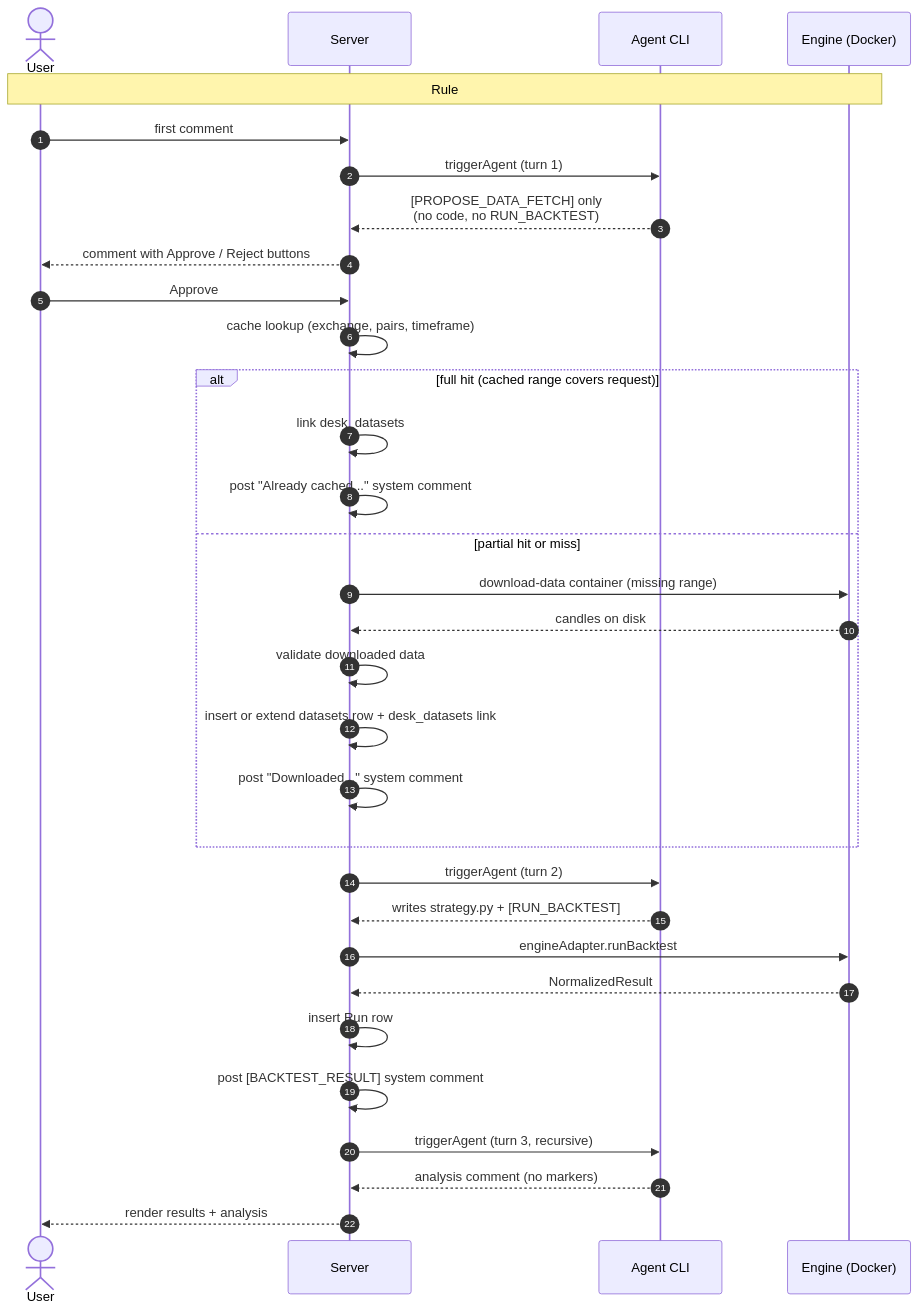
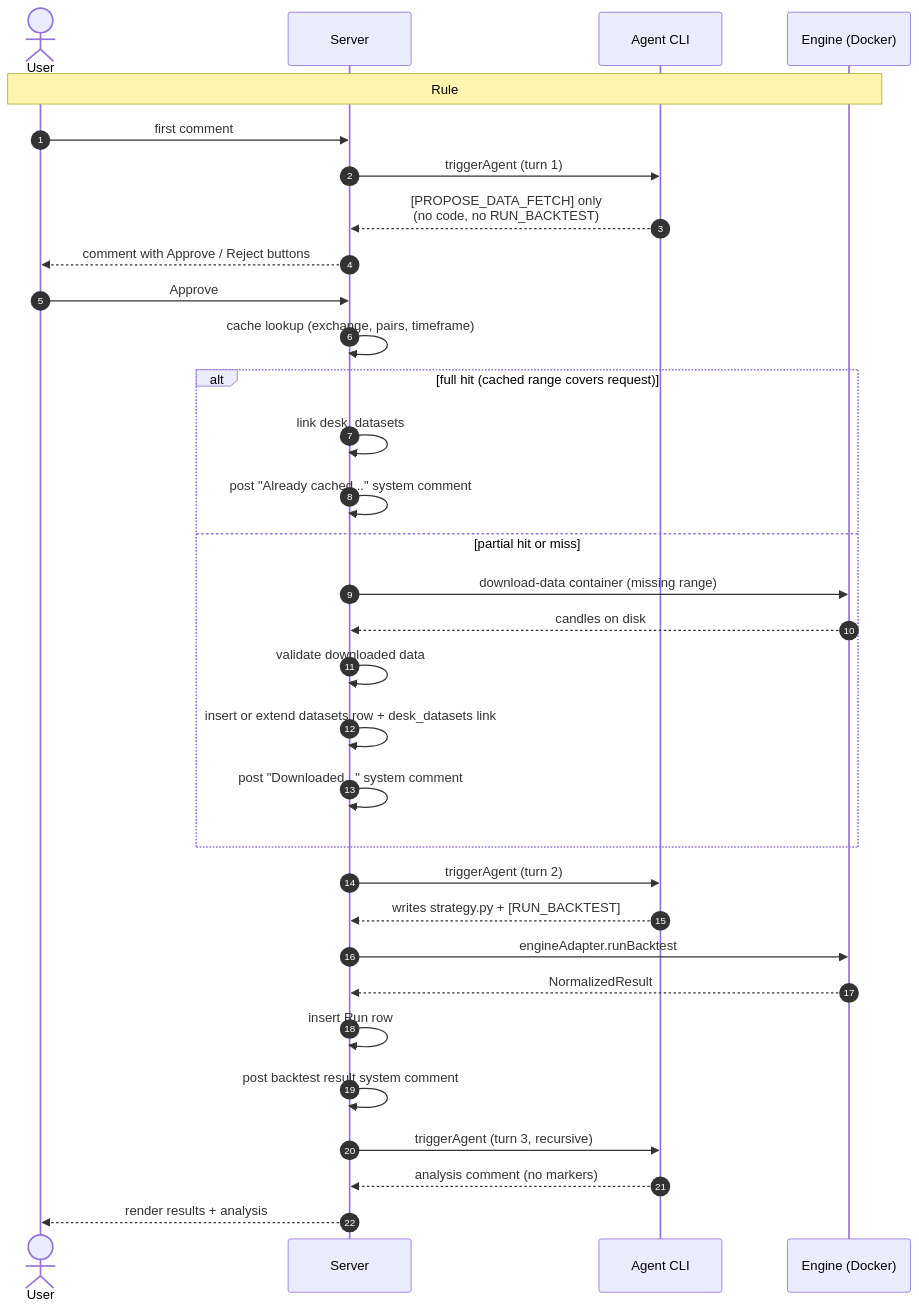
One commit to 0xbet-ai/QuantDesk changed the second of 2 diagrams in doc/agent/LIFECYCLE.md. Above: the diagram before and after it, drawn with Mermaid.

Commit message:
docs: drop stale BACKTEST_RESULT reference in happy-path diagram

````diff
--- a/doc/agent/LIFECYCLE.md
+++ b/doc/agent/LIFECYCLE.md
@@ -93,39 +93,39 @@
 ```mermaid
 %%{init: {'themeVariables': {'fontSize': '18px'}, 'sequence': {'actorMargin': 80, 'messageFontSize': 16}}}%%
 sequenceDiagram
     autonumber
     actor U as User
     participant S as Server
     participant A as Agent CLI
     participant E as Engine (Docker)
 
     Note over U,E: Rule #13 — agent-proposed, user-approved data fetch
 
     U->>S: first comment
     S->>A: triggerAgent (turn 1)
     A-->>S: [PROPOSE_DATA_FETCH] only<br/>(no code, no RUN_BACKTEST)
     S-->>U: comment with Approve / Reject buttons
 
     U->>S: Approve
     S->>S: cache lookup (exchange, pairs, timeframe)
     alt full hit (cached range covers request)
         S->>S: link desk_datasets
         S->>S: post "Already cached..." system comment
     else partial hit or miss
         S->>E: download-data container (missing range)
         E-->>S: candles on disk
         S->>S: validate downloaded data
         S->>S: insert or extend datasets row + desk_datasets link
         S->>S: post "Downloaded..." system comment
     end
     S->>A: triggerAgent (turn 2)
     A-->>S: writes strategy.py + [RUN_BACKTEST]
 
     S->>E: engineAdapter.runBacktest
     E-->>S: NormalizedResult
     S->>S: insert Run row
-    S->>S: post [BACKTEST_RESULT] system comment
+    S->>S: post backtest result system comment
     S->>A: triggerAgent (turn 3, recursive)
     A-->>S: analysis comment (no markers)
     S-->>U: render results + analysis
 ```
````
